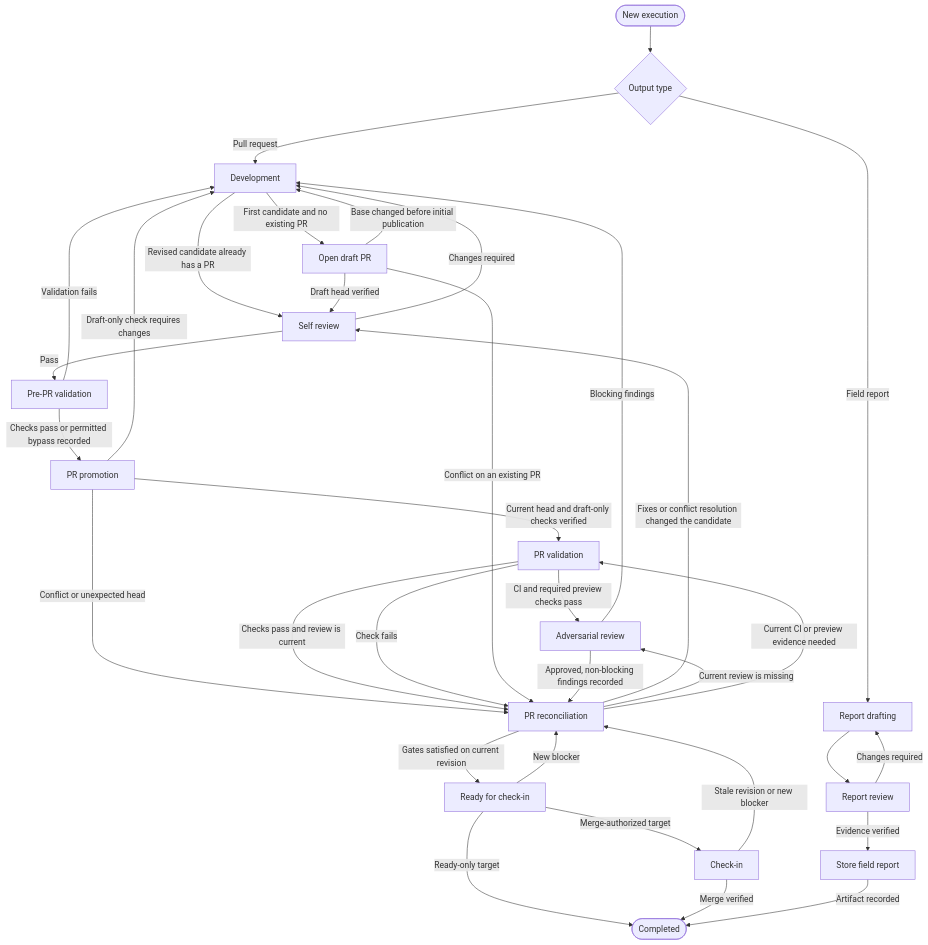
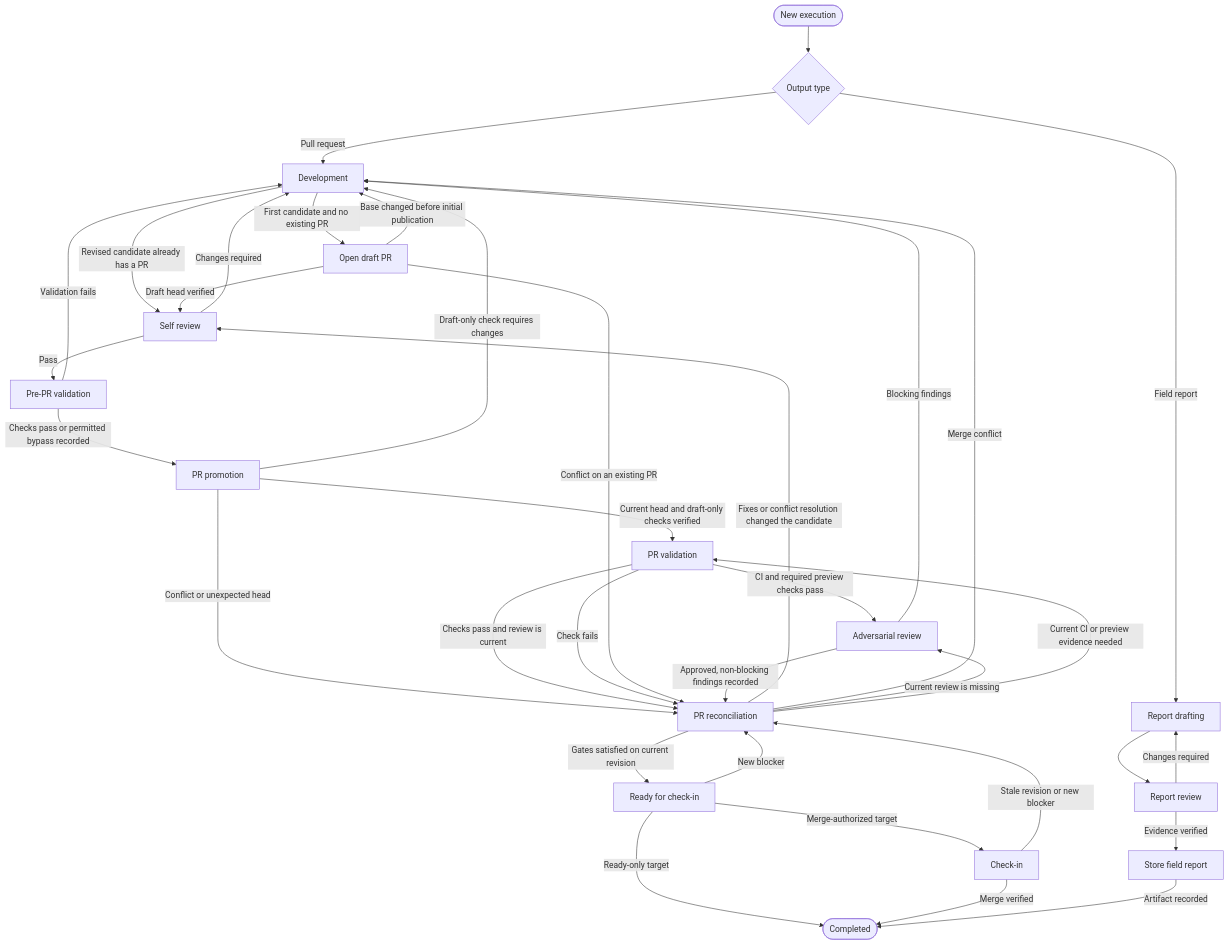
The first of 2 diagrams in STATE_MACHINE.md (caltseng/phalanx), drawn with Mermaid before and after one commit. The commit also changed other lines of this file and 10 other files, not shown here.

````diff
--- a/STATE_MACHINE.md
+++ b/STATE_MACHINE.md
@@ -11,36 +11,37 @@
 ```mermaid
 flowchart TD
     Start([New execution]) --> Kind{Output type}
     Kind -->|Pull request| Dev[Development]
     Kind -->|Field report| Draft[Report drafting]
     Dev -->|First candidate and no existing PR| Publish[Open draft PR]
     Dev -->|Revised candidate already has a PR| Self[Self review]
     Publish -->|Draft head verified| Self[Self review]
     Self -->|Changes required| Dev
     Self -->|Pass| Pre[Pre-PR validation]
     Pre -->|Validation fails| Dev
     Pre -->|Checks pass or permitted bypass recorded| Promote[PR promotion]
     Promote -->|Current head and draft-only checks verified| Post[PR validation]
     Promote -->|Draft-only check requires changes| Dev
     Promote -->|Conflict or unexpected head| Reconcile[PR reconciliation]
     Post -->|CI and required preview checks pass| Review[Adversarial review]
     Post -->|Checks pass and review is current| Reconcile[PR reconciliation]
     Post -->|Check fails| Reconcile
     Publish -->|Conflict on an existing PR| Reconcile[PR reconciliation]
     Publish -->|Base changed before initial publication| Dev
     Review -->|Approved, non-blocking findings recorded| Reconcile
     Review -->|Blocking findings| Dev
     Reconcile -->|Fixes or conflict resolution changed the candidate| Self
+    Reconcile -->|Merge conflict| Dev
     Reconcile -->|Current review is missing| Review
     Reconcile -->|Current CI or preview evidence needed| Post
     Reconcile -->|Gates satisfied on current revision| Ready[Ready for check-in]
     Ready -->|Ready-only target| Done([Completed])
     Ready -->|Merge-authorized target| Merge[Check-in]
     Ready -->|New blocker| Reconcile
     Merge -->|Stale revision or new blocker| Reconcile
     Merge -->|Merge verified| Done
     Draft --> ReportReview[Report review]
     ReportReview -->|Changes required| Draft
     ReportReview -->|Evidence verified| Store[Store field report]
     Store -->|Artifact recorded| Done
 ```
````
